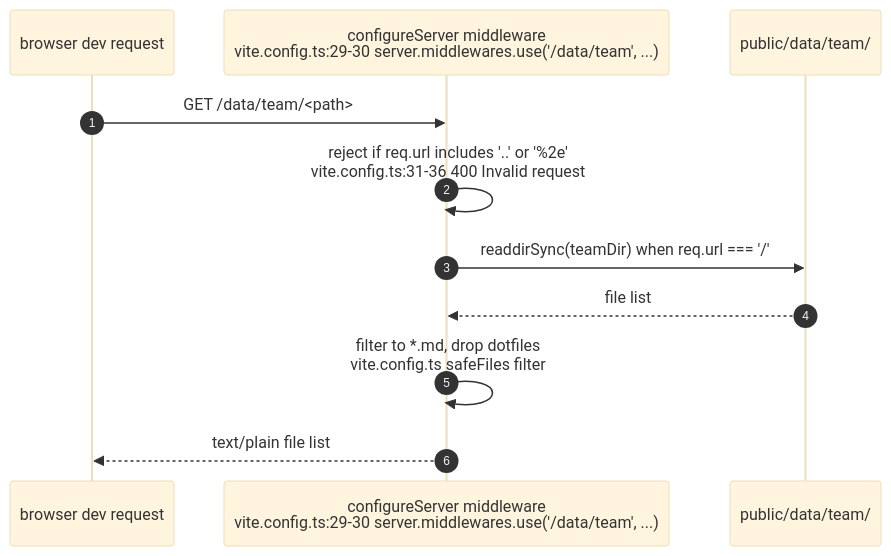
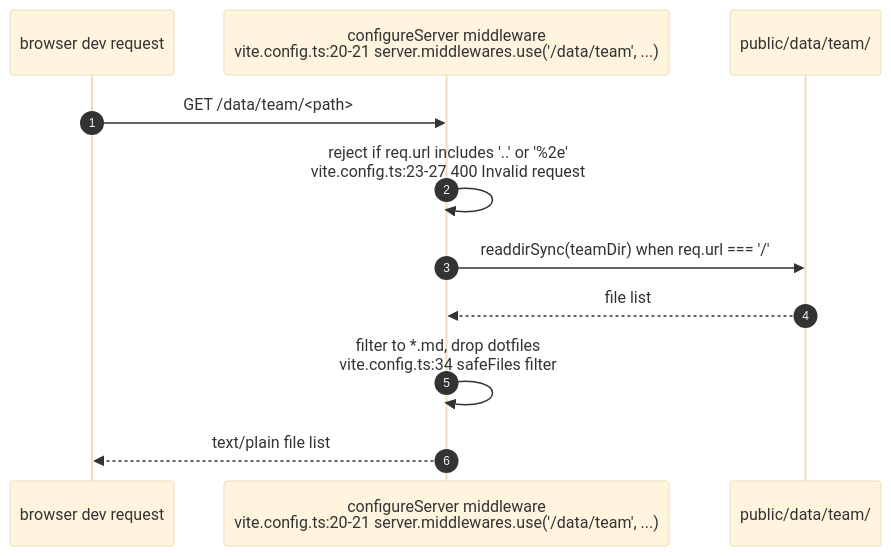
One commit to DreamLab-AI/VisionFlow changed the third of 5 diagrams in docs/diagrams/dreamlab-ai-website/02-site-build-and-pages-deploy.md. Above: the diagram before and after it, drawn with Mermaid (base theme). The commit also changed other lines of this file and 80 other files, not shown here.

First line of the commit message:
docs(diagrams): re-verify the agentbox, dreamlab, estate and visionflow corpus against current sources

````diff
--- a/docs/diagrams/dreamlab-ai-website/02-site-build-and-pages-deploy.md
+++ b/docs/diagrams/dreamlab-ai-website/02-site-build-and-pages-deploy.md
@@ -55,13 +65,13 @@
 ```mermaid
 sequenceDiagram
     autonumber
     participant B as browser dev request
-    participant MW as configureServer middleware<br/>vite.config.ts:29-30 server.middlewares.use('/data/team', ...)
+    participant MW as configureServer middleware<br/>vite.config.ts:20-21 server.middlewares.use('/data/team', ...)
     participant FS as public/data/team/
     B->>MW: GET /data/team/<path>
-    MW->>MW: reject if req.url includes '..' or '%2e'<br/>vite.config.ts:31-36 400 Invalid request
+    MW->>MW: reject if req.url includes '..' or '%2e'<br/>vite.config.ts:23-27 400 Invalid request
     MW->>FS: readdirSync(teamDir) when req.url === '/'
     FS-->>MW: file list
-    MW->>MW: filter to *.md, drop dotfiles<br/>vite.config.ts safeFiles filter
+    MW->>MW: filter to *.md, drop dotfiles<br/>vite.config.ts:34 safeFiles filter
     MW-->>B: text/plain file list
 ```
````
